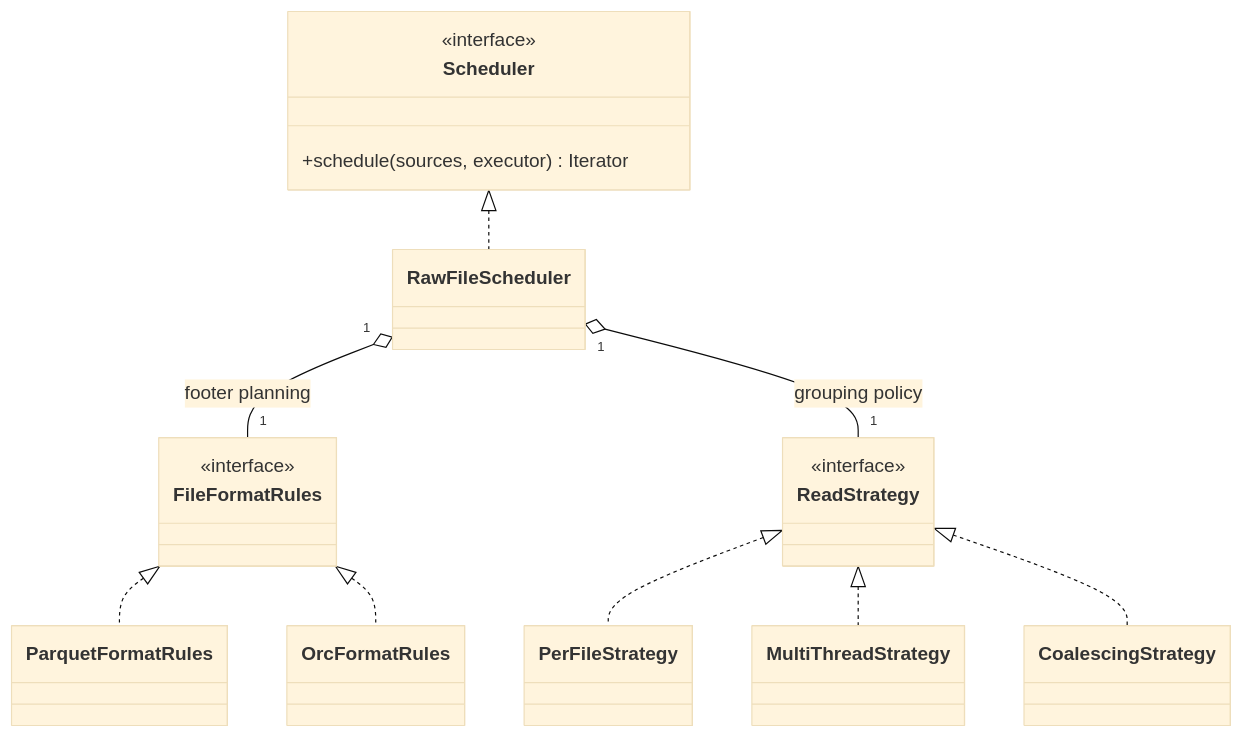
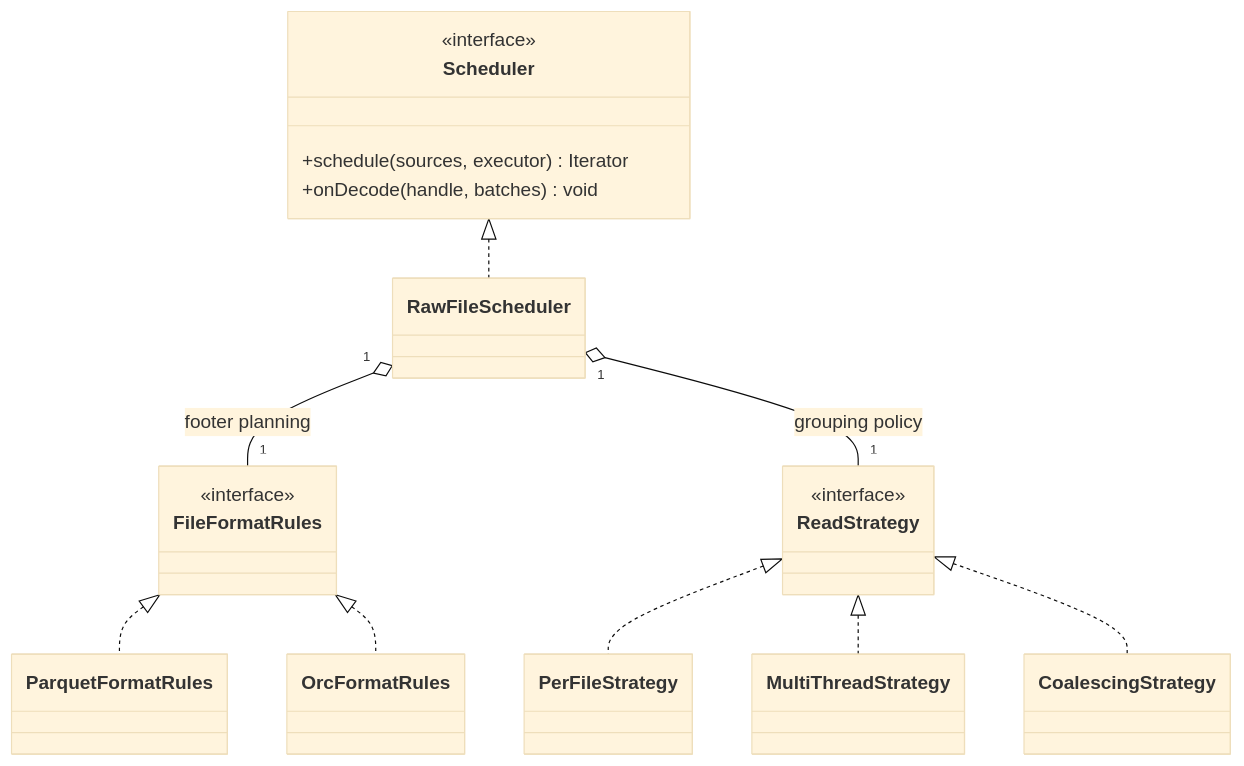
The second of 8 diagrams in docs/rfc/rapids_table_scan_v2/design.md (NVIDIA/cudf-spark), drawn with Mermaid (base theme) before and after one commit. The commit also changed other lines of this file, not shown here.

````diff
--- a/docs/rfc/rapids_table_scan_v2/design.md
+++ b/docs/rfc/rapids_table_scan_v2/design.md
@@ -288,35 +393,36 @@
 ```mermaid
 classDiagram
   direction TB
 
   class Scheduler {
     <<interface>>
     +schedule(sources, executor) Iterator
+    +onDecode(handle, batches) void
   }
   class RawFileScheduler
 
   class FileFormatRules {
     <<interface>>
   }
   class ParquetFormatRules
   class OrcFormatRules
 
   class ReadStrategy {
     <<interface>>
   }
   class PerFileStrategy
   class MultiThreadStrategy
   class CoalescingStrategy
 
   Scheduler <|.. RawFileScheduler
 
   FileFormatRules <|.. ParquetFormatRules
   FileFormatRules <|.. OrcFormatRules
 
   ReadStrategy <|.. PerFileStrategy
   ReadStrategy <|.. MultiThreadStrategy
   ReadStrategy <|.. CoalescingStrategy
 
   RawFileScheduler "1" o-- "1" FileFormatRules : footer planning
   RawFileScheduler "1" o-- "1" ReadStrategy : grouping policy
 ```
````
